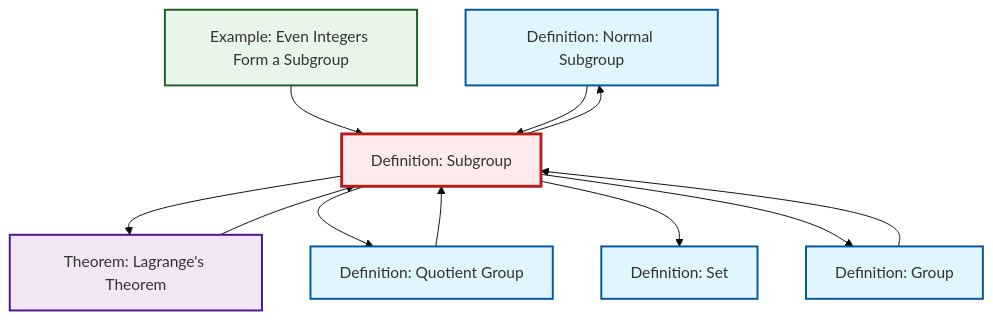
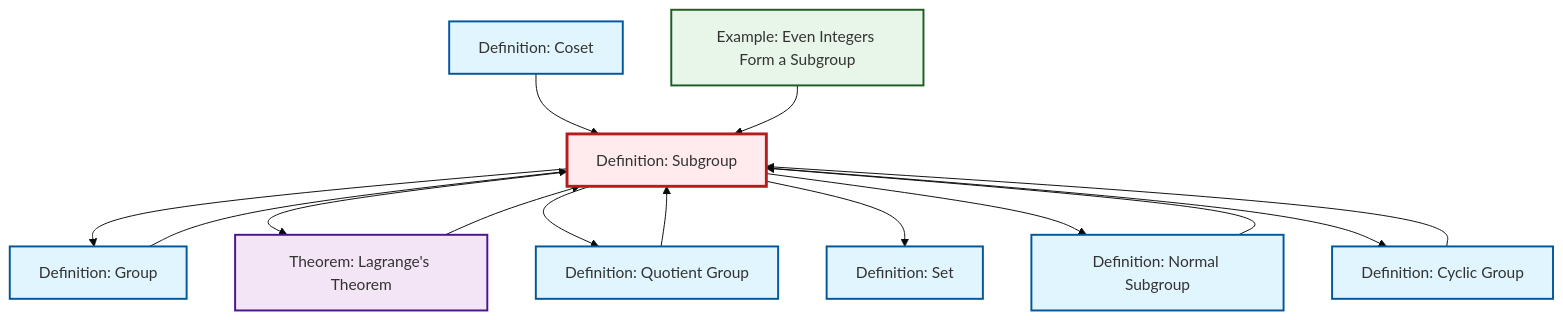
Before and after one commit to RK0429/ModernMath: the diagram in content/en/algebra/def-subgroup.qmd, drawn with Mermaid (base theme). The commit also changed 417 other files, not shown here.

````diff
--- a/content/en/algebra/def-subgroup.qmd
+++ b/content/en/algebra/def-subgroup.qmd
@@ -52,33 +52,40 @@
 ```{mermaid}
 %%| fig-cap: "Local dependency graph"
 graph TD
     classDef definition fill:#e1f5fe,stroke:#01579b,stroke-width:2px
     classDef theorem fill:#f3e5f5,stroke:#4a148c,stroke-width:2px
     classDef axiom fill:#fff3e0,stroke:#e65100,stroke-width:2px
     classDef example fill:#e8f5e9,stroke:#1b5e20,stroke-width:2px
     classDef current fill:#ffebee,stroke:#b71c1c,stroke-width:3px
+    ex-even-integers-subgroup["Example: Even Integers Form a Subgroup"]:::example
+    def-cyclic-group["Definition: Cyclic Group"]:::definition
+    def-coset["Definition: Coset"]:::definition
     def-normal-subgroup["Definition: Normal Subgroup"]:::definition
+    def-quotient-group["Definition: Quotient Group"]:::definition
     def-subgroup["Definition: Subgroup"]:::definition
+    def-group["Definition: Group"]:::definition
     def-set["Definition: Set"]:::definition
-    def-group["Definition: Group"]:::definition
-    def-quotient-group["Definition: Quotient Group"]:::definition
     thm-lagrange["Theorem: Lagrange's Theorem"]:::theorem
-    ex-even-integers-subgroup["Example: Even Integers Form a Subgroup"]:::example
+    def-coset --> def-subgroup
+    thm-lagrange --> def-subgroup
+    def-group --> def-subgroup
+    def-subgroup --> def-group
+    def-normal-subgroup --> def-subgroup
+    def-quotient-group --> def-subgroup
     ex-even-integers-subgroup --> def-subgroup
     def-subgroup --> thm-lagrange
     def-subgroup --> def-quotient-group
-    thm-lagrange --> def-subgroup
-    def-quotient-group --> def-subgroup
+    def-subgroup --> def-set
     def-subgroup --> def-normal-subgroup
-    def-subgroup --> def-set
-    def-normal-subgroup --> def-subgroup
-    def-group --> def-subgroup
-    def-subgroup --> def-group
+    def-cyclic-group --> def-subgroup
+    def-subgroup --> def-cyclic-group
     class def-subgroup current
+    click ex-even-integers-subgroup "ex-even-integers-subgroup.html" "Go to Even Integers Form a Subgroup example"
+    click def-cyclic-group "def-cyclic-group.html" "Go to Cyclic Group definition"
+    click def-coset "def-coset.html" "Go to Coset definition"
     click def-normal-subgroup "def-normal-subgroup.html" "Go to Normal Subgroup definition"
+    click def-quotient-group "def-quotient-group.html" "Go to Quotient Group definition"
+    click def-group "def-group.html" "Go to Group definition"
     click def-set "def-set.html" "Go to Set definition"
-    click def-group "def-group.html" "Go to Group definition"
-    click def-quotient-group "def-quotient-group.html" "Go to Quotient Group definition"
     click thm-lagrange "thm-lagrange.html" "Go to Lagrange's Theorem theorem"
-    click ex-even-integers-subgroup "ex-even-integers-subgroup.html" "Go to Even Integers Form a Subgroup example"
 ```
````
